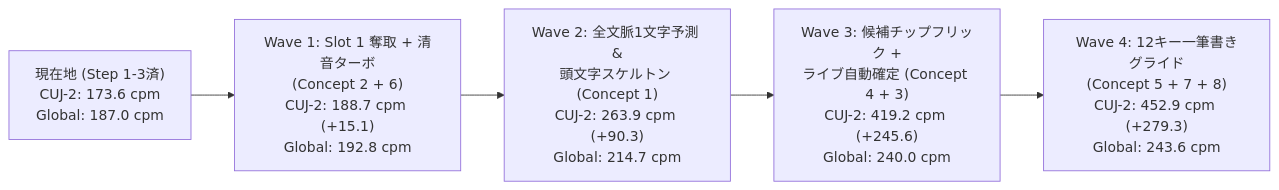
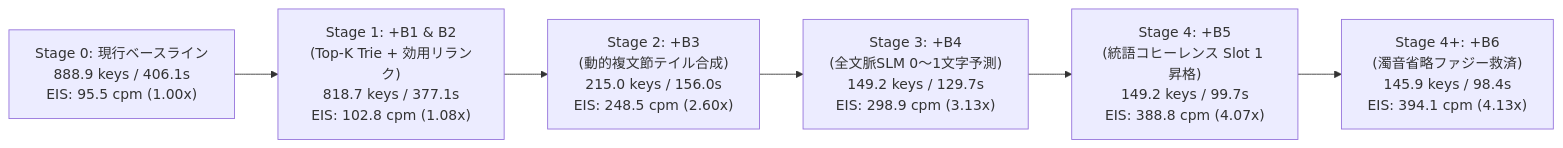
One commit to kenichikurihara/jotinput changed the third of 3 diagrams in docs/eis_radical_headroom_and_moonshot_concepts.md. Above: the diagram before and after it, drawn with Mermaid. The commit also changed other lines of this file and 3 other files, not shown here.

````diff
--- a/docs/eis_radical_headroom_and_moonshot_concepts.md
+++ b/docs/eis_radical_headroom_and_moonshot_concepts.md
@@ -279,7 +219,8 @@
 ```mermaid
 flowchart LR
-    S0["現在地 (Step 1-3済)<br/>CUJ-2: 173.6 cpm<br/>Global: 187.0 cpm"] --> S1["Wave 1: Slot 1 奪取 + 清音ターボ<br/>(Concept 2 + 6)<br/>CUJ-2: 188.7 cpm (+15.1)<br/>Global: 192.8 cpm"]
-    S1 --> S2["Wave 2: 全文脈1文字予測 &<br/>頭文字スケルトン (Concept 1)<br/>CUJ-2: 263.9 cpm (+90.3)<br/>Global: 214.7 cpm"]
-    S2 --> S3["Wave 3: 候補チップフリック +<br/>ライブ自動確定 (Concept 4 + 3)<br/>CUJ-2: 419.2 cpm (+245.6)<br/>Global: 240.0 cpm"]
-    S3 --> S4["Wave 4: 12キー一筆書きグライド<br/>(Concept 5 + 7 + 8)<br/>CUJ-2: 452.9 cpm (+279.3)<br/>Global: 243.6 cpm"]
+    S0["Stage 0: 現行ベースライン<br/>888.9 keys / 406.1s<br/>EIS: 95.5 cpm (1.00x)"] --> S1["Stage 1: +B1 & B2<br/>(Top-K Trie + 効用リランク)<br/>818.7 keys / 377.1s<br/>EIS: 102.8 cpm (1.08x)"]
+    S1 --> S2["Stage 2: +B3<br/>(動的複文節テイル合成)<br/>215.0 keys / 156.0s<br/>EIS: 248.5 cpm (2.60x)"]
+    S2 --> S3["Stage 3: +B4<br/>(全文脈SLM 0〜1文字予測)<br/>149.2 keys / 129.7s<br/>EIS: 298.9 cpm (3.13x)"]
+    S3 --> S4["Stage 4: +B5<br/>(統語コヒーレンス Slot 1 昇格)<br/>149.2 keys / 99.7s<br/>EIS: 388.8 cpm (4.07x)"]
+    S4 --> S4F["Stage 4+: +B6<br/>(濁音省略ファジー救済)<br/>145.9 keys / 98.4s<br/>EIS: 394.1 cpm (4.13x)"]
 ```
````
